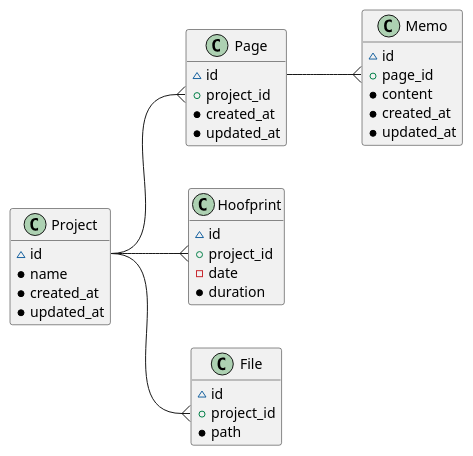
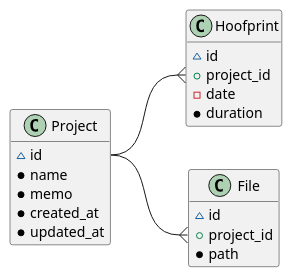
One commit to tkmfujise/trot_editor changed the diagram in doc/er-diagram.adoc. Above: the diagram before and after it, drawn with PlantUML. The commit also changed 1 other file, not shown here.

Commit message:
Update ER Diagram

```diff
--- a/doc/er-diagram.adoc
+++ b/doc/er-diagram.adoc
@@ -4,41 +4,27 @@
 [plantuml, er-diagram]
 ....
 class Project {
   ~ id
   * name 
-  * created_at
-  * updated_at
-}
-class Page {
-  ~ id
-  + project_id
-  * created_at
-  * updated_at
-}
-class Memo {
-  ~ id
-  + page_id
-  * content
+  * memo
   * created_at
   * updated_at
 }
 class Hoofprint {
   ~ id
   + project_id
   - date
   * duration
 }
 class File {
   ~ id
   + project_id
   * path
 }
 
 hide methods
 left to right direction
 
-Project::id --{ Page::project_id
-Page::id    --{ Memo::page_id
 Project::id --{ Hoofprint::project_id
 Project::id --{ File::project_id
 ....
```
